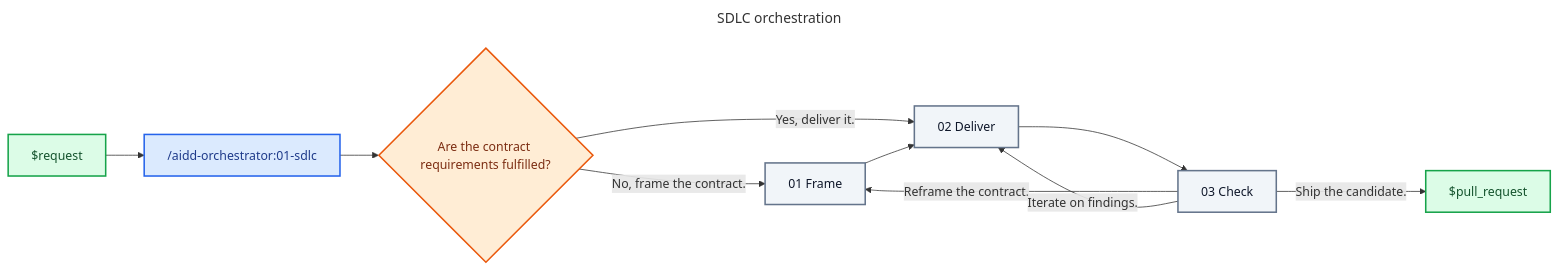
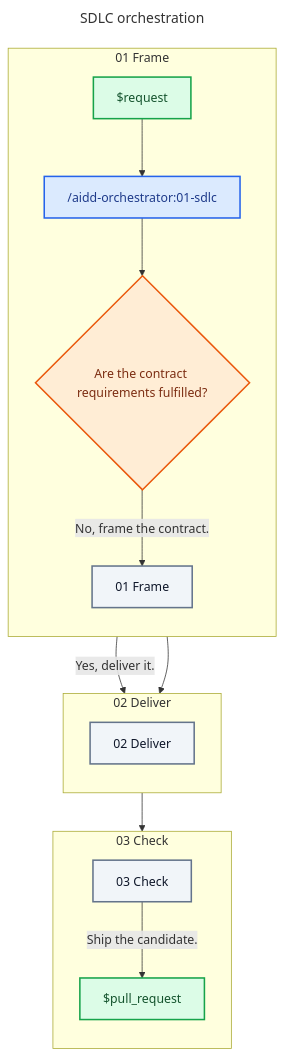
The diagram in plugins/aidd-orchestrator/skills/01-sdlc/SKILL.md (ai-driven-dev/aidd-framework), drawn with Mermaid before and after one commit. The commit also changed 3 other files, not shown here.

First line of the commit message:
refactor(orchestrator): group SDLC diagrams top-down

````diff
--- a/plugins/aidd-orchestrator/skills/01-sdlc/SKILL.md
+++ b/plugins/aidd-orchestrator/skills/01-sdlc/SKILL.md
@@ -14,33 +14,42 @@
 ```mermaid
 ---
 title: SDLC orchestration
 ---
-flowchart LR
-  Request["$request"]
-  Sdlc["/aidd-orchestrator:01-sdlc"]
-  Ready{"Are the contract requirements fulfilled?"}
-  Frame["01 Frame"]
-  Deliver["02 Deliver"]
-  Check["03 Check"]
-  PullRequest["$pull_request"]
+flowchart TD
+  subgraph FrameStage["01 Frame"]
+    direction TB
+    Request["$request"]
+    Sdlc["/aidd-orchestrator:01-sdlc"]
+    Ready{"Are the contract requirements fulfilled?"}
+    Frame["01 Frame"]
+  end
+
+  subgraph DeliverStage["02 Deliver"]
+    direction TB
+    Deliver["02 Deliver"]
+  end
+
+  subgraph CheckStage["03 Check"]
+    direction TB
+    Check["03 Check"]
+    PullRequest["$pull_request"]
+  end
 
   Request --> Sdlc
   Sdlc --> Ready
   Ready -- "No, frame the contract." --> Frame
   Ready -- "Yes, deliver it." --> Deliver
   Frame --> Deliver
   Deliver --> Check
-  Check -- "Reframe the contract." --> Frame
-  Check -- "Iterate on findings." --> Deliver
   Check -- "Ship the candidate." --> PullRequest
 
   classDef skill fill:#DBEAFE,stroke:#2563EB,color:#1E3A8A,stroke-width:2px
   classDef artifact fill:#DCFCE7,stroke:#16A34A,color:#14532D,stroke-width:2px
   classDef decision fill:#FFEDD5,stroke:#EA580C,color:#7C2D12,stroke-width:2px
   classDef zone fill:#F1F5F9,stroke:#64748B,color:#0F172A,stroke-width:2px
 
   class Sdlc skill
   class Request,PullRequest artifact
   class Ready decision
   class Frame,Deliver,Check zone
 ```
````
